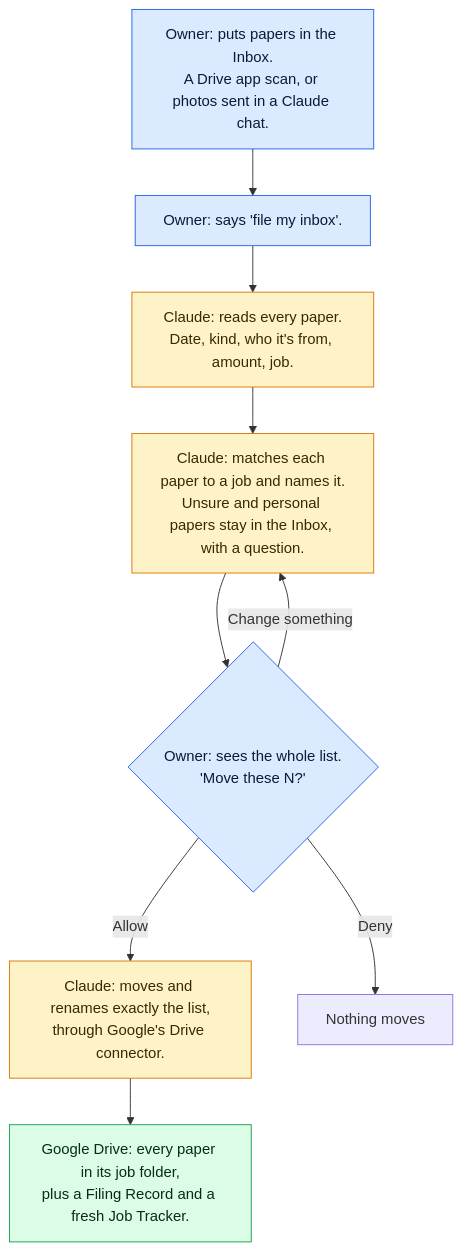
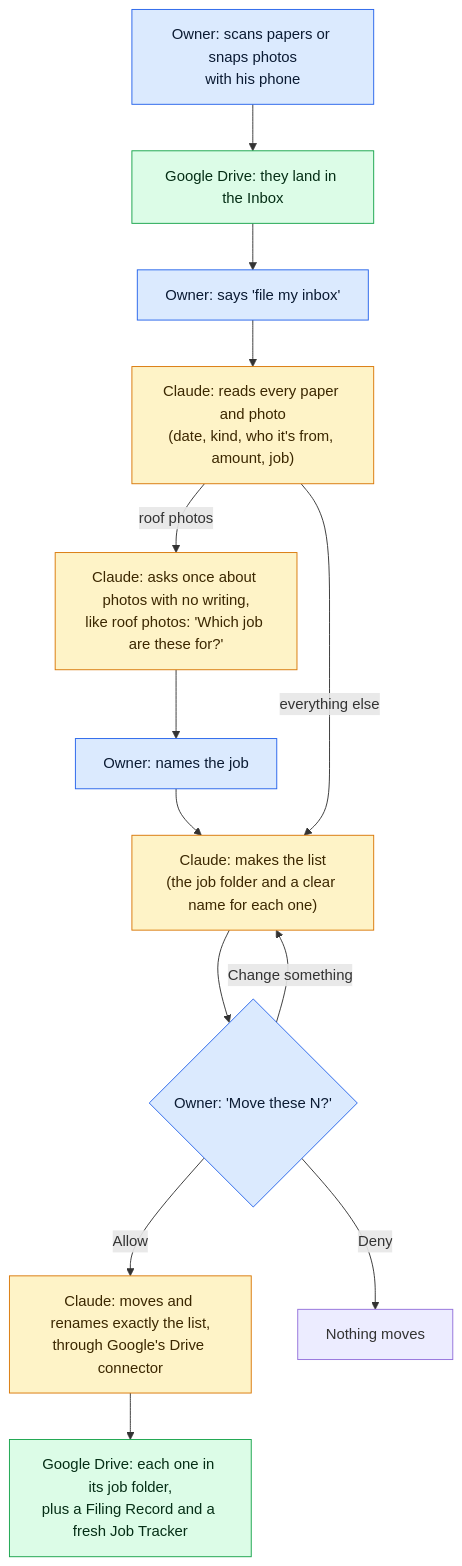
The diagram in README.md (bryant5040/re-binder), drawn with Mermaid before and after one commit. The commit also changed other lines of this file and 26 other files, not shown here.

First line of the commit message:
Simplify the repo: phone first, every install need listed, a short build story

````diff
--- a/README.md
+++ b/README.md
@@ -29,21 +17,27 @@
 ```mermaid
 flowchart TD
-    A["Owner: puts papers in the Inbox.<br/>A Drive app scan, or photos sent in a Claude chat."]
-    B["Owner: says 'file my inbox'."]
-    C["Claude: reads every paper.<br/>Date, kind, who it's from, amount, job."]
-    D["Claude: matches each paper to a job and names it.<br/>Unsure and personal papers stay in the Inbox, with a question."]
-    E{"Owner: sees the whole list.<br/>'Move these N?'"}
-    F["Claude: moves and renames exactly the list,<br/>through Google's Drive connector."]
-    G["Google Drive: every paper in its job folder,<br/>plus a Filing Record and a fresh Job Tracker."]
-    H["Nothing moves"]
-    A --> B --> C --> D --> E
-    E -- "Allow" --> F --> G
-    E -- "Change something" --> D
-    E -- "Deny" --> H
+    A["Owner: scans papers or snaps photos<br/>with his phone"]
+    B["Google Drive: they land in the Inbox"]
+    C["Owner: says 'file my inbox'"]
+    D["Claude: reads every paper and photo<br/>(date, kind, who it's from, amount, job)"]
+    E["Claude: asks once about photos with no writing,<br/>like roof photos: 'Which job are these for?'"]
+    F["Owner: names the job"]
+    G["Claude: makes the list<br/>(the job folder and a clear name for each one)"]
+    H{"Owner: 'Move these N?'"}
+    I["Claude: moves and renames exactly the list,<br/>through Google's Drive connector"]
+    J["Google Drive: each one in its job folder,<br/>plus a Filing Record and a fresh Job Tracker"]
+    K["Nothing moves"]
+    A --> B --> C --> D
+    D -- "roof photos" --> E --> F --> G
+    D -- "everything else" --> G
+    G --> H
+    H -- "Allow" --> I --> J
+    H -- "Change something" --> G
+    H -- "Deny" --> K
     classDef owner fill:#dbeafe,stroke:#2563eb,color:#0b1b33
     classDef claude fill:#fef3c7,stroke:#d97706,color:#3b2700
     classDef drive fill:#dcfce7,stroke:#16a34a,color:#052e16
-    class A,B,E owner
-    class C,D,F claude
-    class G drive
+    class A,C,F,H owner
+    class D,E,G,I claude
+    class B,J drive
 ```
````
